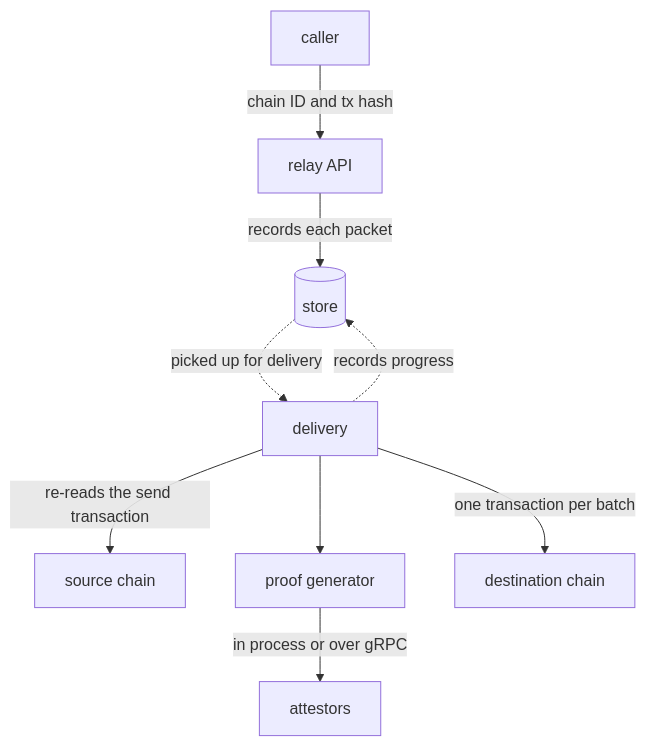
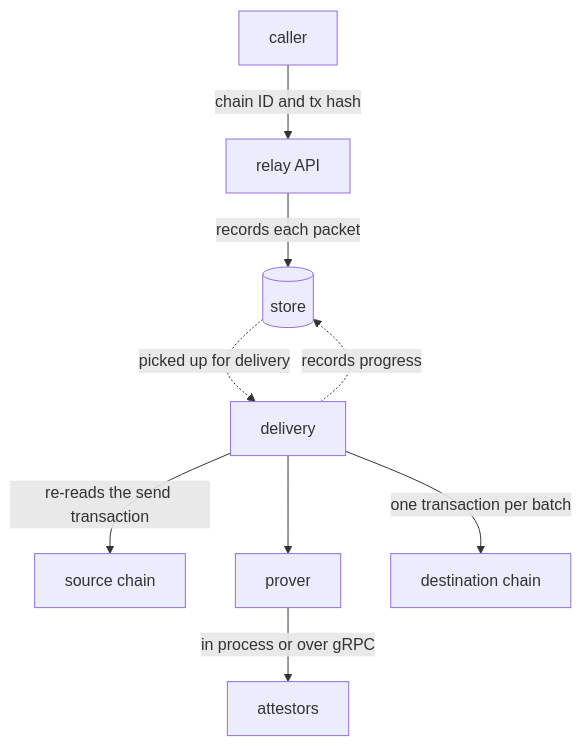
One commit to cosmos/ibc changed the second of 3 diagrams in docs/6-ibc-cli/1-overview.md. Above: the diagram before and after it, drawn with Mermaid. The commit also changed other lines of this file and 53 other files, not shown here.

````diff
--- a/docs/6-ibc-cli/1-overview.md
+++ b/docs/6-ibc-cli/1-overview.md
@@ -53,11 +53,11 @@
 ```mermaid
 flowchart TB
     CALLER["caller"] -->|"chain ID and tx hash"| API["relay API"]
     API -->|"records each packet"| STORE[("store")]
     STORE -.->|"picked up for delivery"| DELIV["delivery"]
     DELIV -->|"re-reads the send transaction"| SRC["source chain"]
-    DELIV --> PG["proof generator"]
+    DELIV --> PG["prover"]
     PG -->|"in process or over gRPC"| ATT["attestors"]
     DELIV -->|"one transaction per batch"| DST["destination chain"]
     DELIV -.->|"records progress"| STORE
 ```
````
